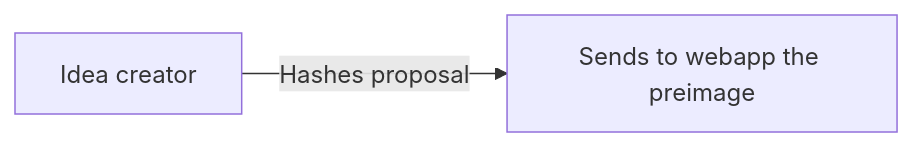
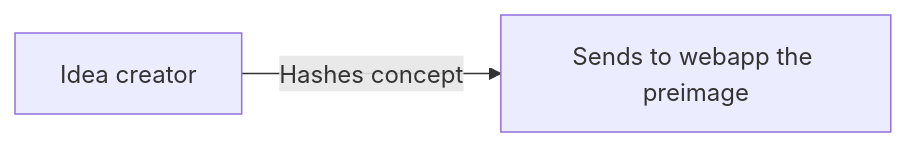
The first of 5 diagrams in README.md (fluidity-money/shahmeersgame.com), drawn with Mermaid before and after one commit. The commit also changed other lines of this file and 20 other files, not shown here.

````diff
--- a/README.md
+++ b/README.md
@@ -17,5 +17,5 @@
 ```mermaid
 flowchart LR
     IdeaCreator[Idea creator]
-    -->|Hashes proposal| SendsToWebApp[Sends to webapp the preimage]
+    -->|Hashes concept| SendsToWebApp[Sends to webapp the preimage]
 ```
````
